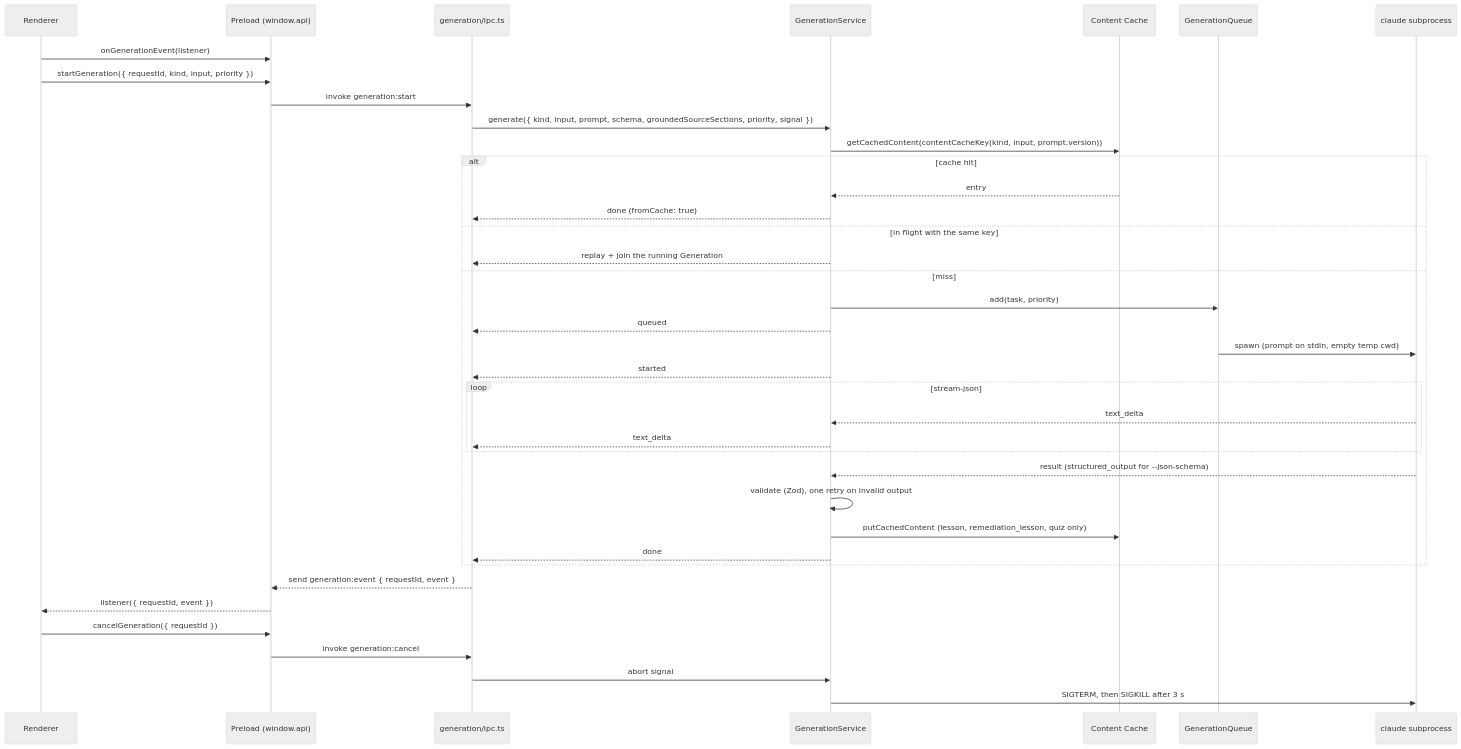
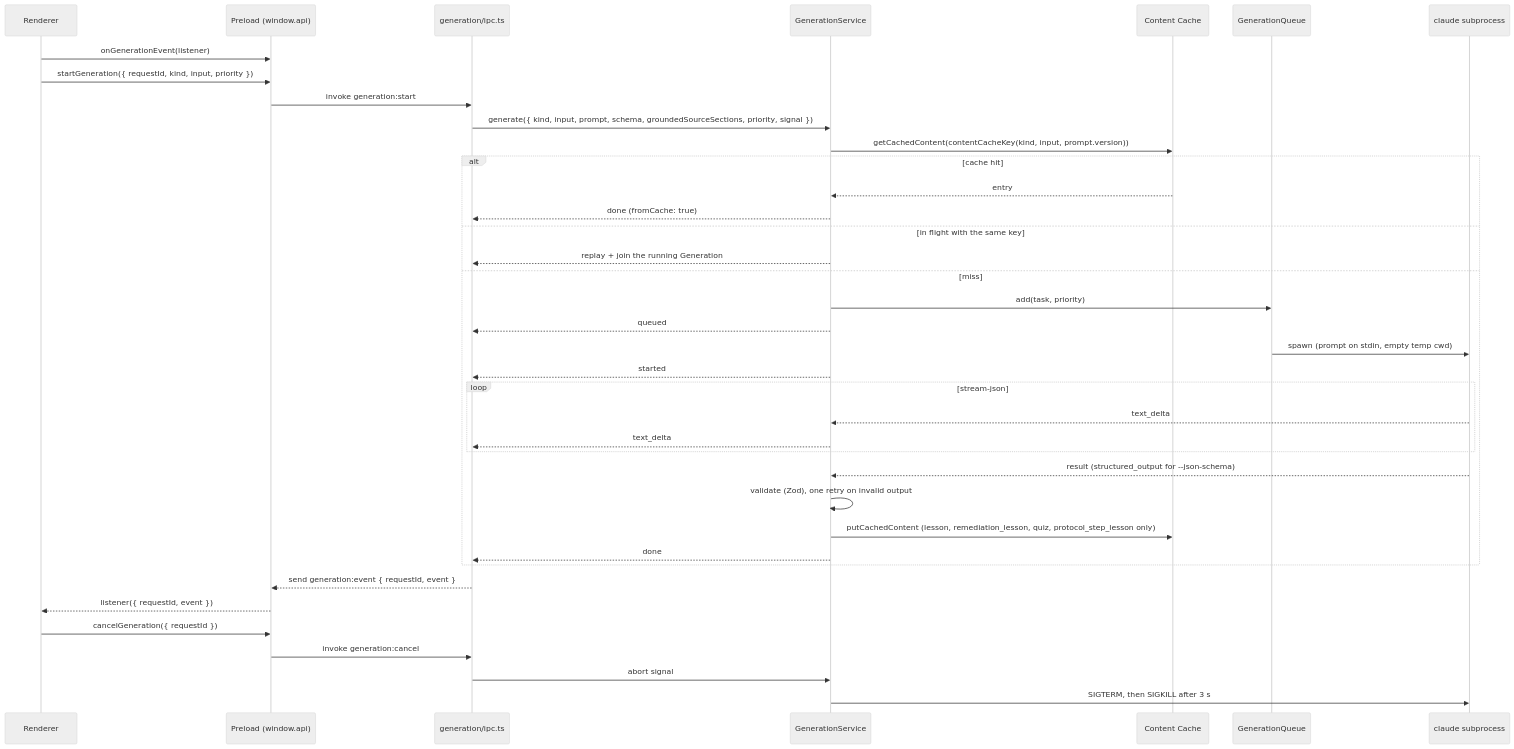
One commit to jbclaramonte/system-design-from-scratch changed the diagram in docs/Generation Service.md. Above: the diagram before and after it, drawn with Mermaid (neutral theme). The commit also changed other lines of this file and 124 other files, not shown here.

````diff
--- a/docs/Generation Service.md
+++ b/docs/Generation Service.md
@@ -16,41 +16,41 @@
 ```mermaid
 sequenceDiagram
   participant R as Renderer
   participant P as Preload (window.api)
   participant I as generation/ipc.ts
   participant S as GenerationService
   participant C as Content Cache
   participant Q as GenerationQueue
   participant CLI as claude subprocess
 
   R->>P: onGenerationEvent(listener)
   R->>P: startGeneration({ requestId, kind, input, priority })
   P->>I: invoke generation:start
   I->>S: generate({ kind, input, prompt, schema, groundedSourceSections, priority, signal })
   S->>C: getCachedContent(contentCacheKey(kind, input, prompt.version))
   alt cache hit
     C-->>S: entry
     S-->>I: done (fromCache: true)
   else in flight with the same key
     S-->>I: replay + join the running Generation
   else miss
     S->>Q: add(task, priority)
     S-->>I: queued
     Q->>CLI: spawn (prompt on stdin, empty temp cwd)
     S-->>I: started
     loop stream-json
       CLI-->>S: text_delta
       S-->>I: text_delta
     end
     CLI-->>S: result (structured_output for --json-schema)
     S->>S: validate (Zod), one retry on invalid output
-    S->>C: putCachedContent (lesson, remediation_lesson, quiz only)
+    S->>C: putCachedContent (lesson, remediation_lesson, quiz, protocol_step_lesson only)
     S-->>I: done
   end
   I-->>P: send generation:event { requestId, event }
   P-->>R: listener({ requestId, event })
   R->>P: cancelGeneration({ requestId })
   P->>I: invoke generation:cancel
   I->>S: abort signal
   S->>CLI: SIGTERM, then SIGKILL after 3 s
 ```
````
